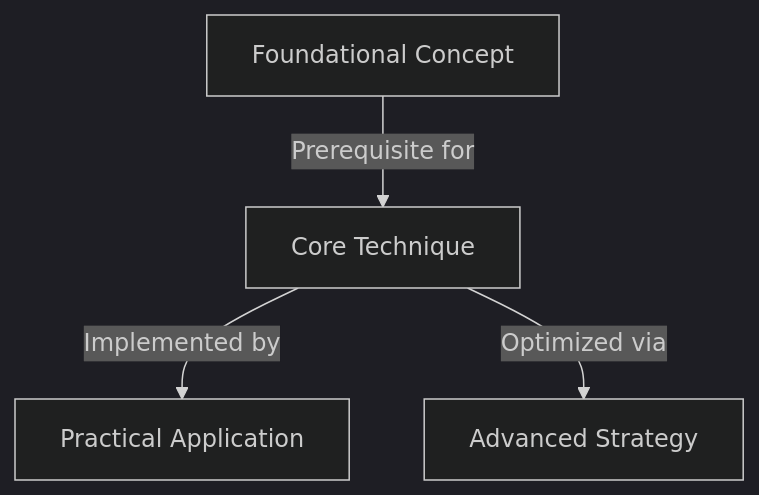
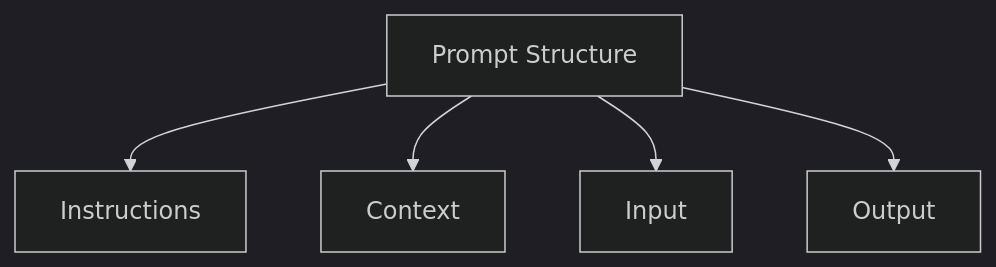
One commit to Pranali0077/Course-Recap-Generator changed the first of 3 diagrams in .gemini/skills/course-recap/SKILL.md. Above: the diagram before and after it, drawn with Mermaid (dark theme). The commit also changed other lines of this file and 13 other files, not shown here.

````diff
--- a/.gemini/skills/course-recap/SKILL.md
+++ b/.gemini/skills/course-recap/SKILL.md
@@ -36,6 +71,7 @@
-  ```mermaid
-  flowchart TD
-      A["Foundational Concept"] -->|Prerequisite for| B["Core Technique"]
-      B -->|Implemented by| C["Practical Application"]
-      B -->|Optimized via| D["Advanced Strategy"]
-  ```
+```mermaid
+flowchart TD
+    A["Prompt Structure"] --> B["Instructions"]
+    A --> C["Context"]
+    A --> D["Input"]
+    A --> E["Output"]
+```
````
